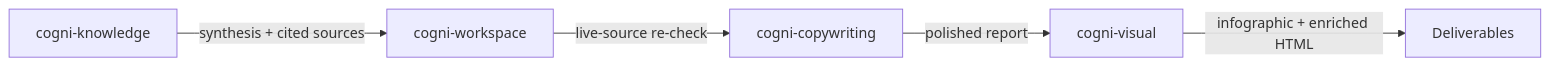
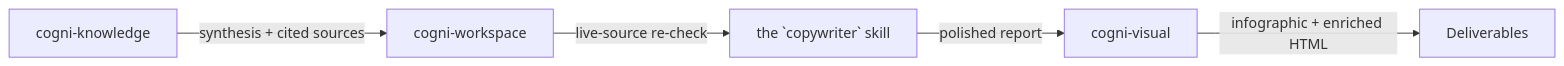
The diagram in docs/workflows/research-to-report.md (cogni-work/cogni-works), drawn with Mermaid before and after one commit. The commit also changed other lines of this file and 86 other files, not shown here.

````diff
--- a/docs/workflows/research-to-report.md
+++ b/docs/workflows/research-to-report.md
@@ -7,7 +7,7 @@
 ```mermaid
 graph LR
     A[cogni-knowledge] -->|synthesis + cited sources| B[cogni-workspace]
-    B -->|live-source re-check| C[cogni-copywriting]
+    B -->|live-source re-check| C[the `copywriter` skill]
     C -->|polished report| D[cogni-visual]
     D -->|infographic + enriched HTML| E[Deliverables]
 ```
````
